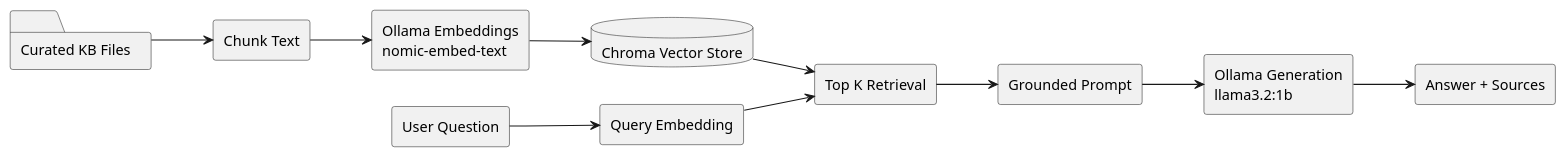
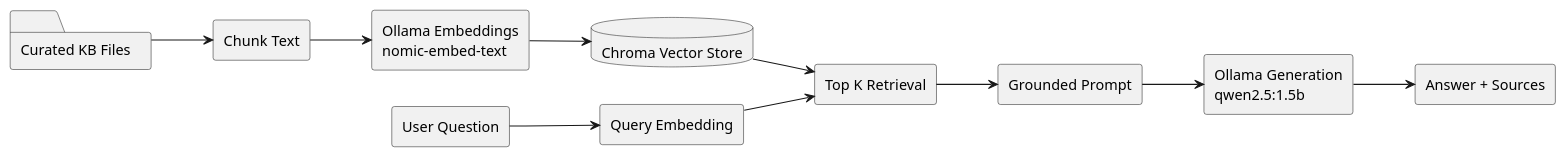
Before and after one commit to SA62-team4/mobile-application-dev-ca: the diagram in docs/specs/08-plan-rag-ai-design.md, drawn with PlantUML. The commit also changed other lines of this file and 19 other files, not shown here.

First line of the commit message:
Switch Ollama generation model to qwen2.5:1.5b

````diff
--- a/docs/specs/08-plan-rag-ai-design.md
+++ b/docs/specs/08-plan-rag-ai-design.md
@@ -60,26 +61,26 @@
 ```plantuml
 @startuml
 left to right direction
 
 folder "Curated KB Files" as KB
 rectangle "Chunk Text" as Chunker
 rectangle "Ollama Embeddings\nnomic-embed-text" as Embed
 database "Chroma Vector Store" as Store
 rectangle "User Question" as UserQuestion
 rectangle "Query Embedding" as QueryEmbed
 rectangle "Top K Retrieval" as Retrieve
 rectangle "Grounded Prompt" as Prompt
-rectangle "Ollama Generation\nllama3.2:1b" as Generate
+rectangle "Ollama Generation\nqwen2.5:1.5b" as Generate
 rectangle "Answer + Sources" as Answer
 
 KB --> Chunker
 Chunker --> Embed
 Embed --> Store
 UserQuestion --> QueryEmbed
 QueryEmbed --> Retrieve
 Store --> Retrieve
 Retrieve --> Prompt
 Prompt --> Generate
 Generate --> Answer
 @enduml
 ```
````
